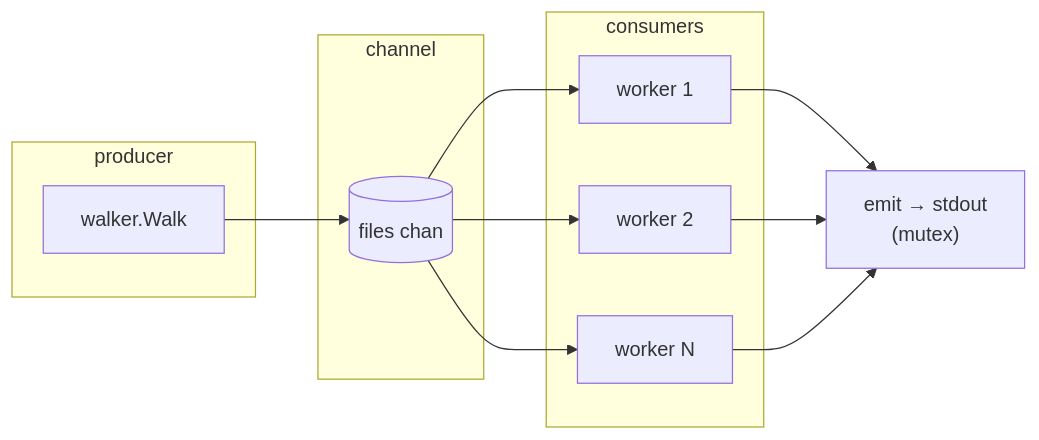
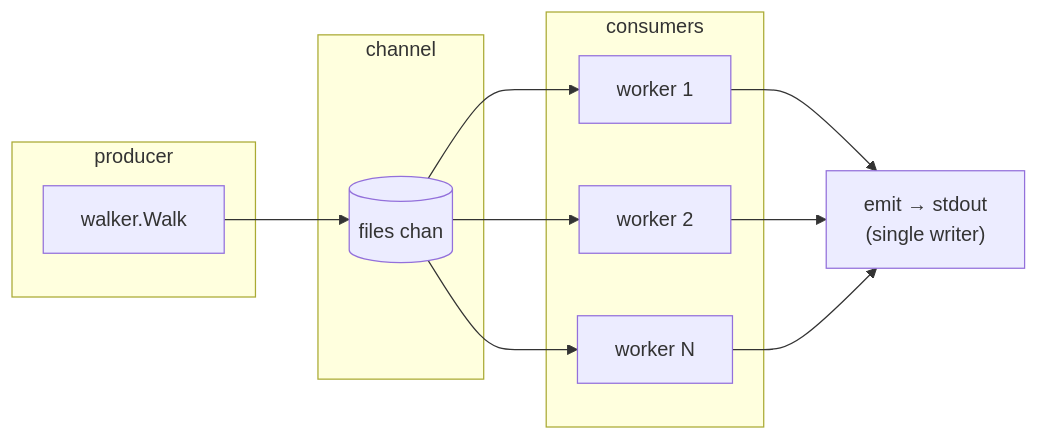
The third of 3 diagrams in README.md (rikiisworking/fsearch), drawn with Mermaid before and after one commit. The commit also changed other lines of this file and 3 other files, not shown here.

````diff
--- a/README.md
+++ b/README.md
@@ -136,19 +165,19 @@
 ```mermaid
 flowchart LR
   subgraph producer
     Walk["walker.Walk"]
   end
   subgraph channel
     Ch[("files chan")]
   end
   subgraph consumers
     W1["worker 1"]
     W2["worker 2"]
     Wn["worker N"]
   end
-  Out["emit → stdout<br/>(mutex)"]
+  Out["emit → stdout<br/>(single writer)"]
 
   Walk --> Ch
   Ch --> W1 & W2 & Wn
   W1 & W2 & Wn --> Out
 ```
````
